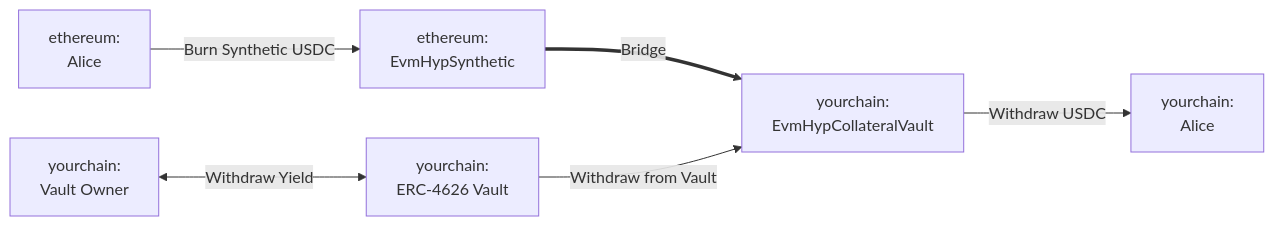
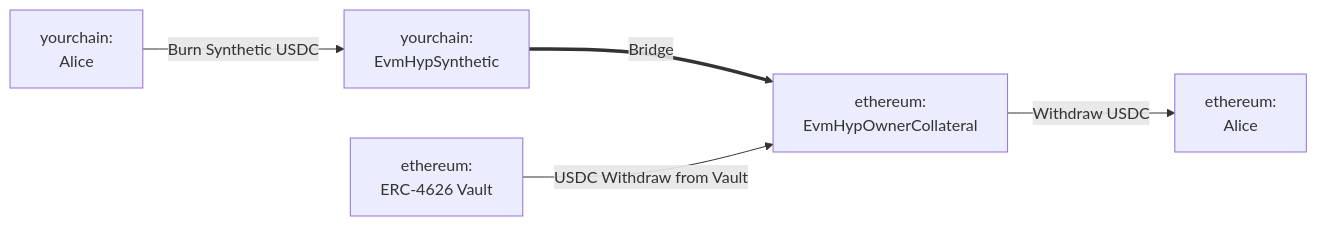
The second of 2 diagrams in docs/protocol/warp-routes/warp-routes-yield-routes.mdx (hyperlane-xyz/v3-docs), drawn with Mermaid before and after one commit. The commit also changed other lines of this file and 2 other files, not shown here.

First line of the commit message:
feat: Add yield routes variants and updates (#206)

````diff
--- a/docs/protocol/warp-routes/warp-routes-yield-routes.mdx
+++ b/docs/protocol/warp-routes/warp-routes-yield-routes.mdx
@@ -51,8 +42,8 @@
-            ```mermaid
-            flowchart LR
-                A[ethereum:<br>Alice] -->|Burn Synthetic USDC| B[ethereum:<br>EvmHypSynthetic]
-                B ==>|Bridge| C[yourchain:<br>EvmHypCollateralVault]
-                D[yourchain:<br>ERC-4626 Vault] -->|Withdraw from Vault| C
-                C -->|Withdraw USDC| F[yourchain:<br>Alice]
-                G[yourchain:<br>Vault Owner] <-->|Withdraw Yield| D
-            ```
+```mermaid
+flowchart LR
+    A[yourchain:<br>Alice] -->|Burn Synthetic USDC| B[yourchain:<br>EvmHypSynthetic]
+    B ==>|Bridge| C[ethereum:<br>EvmHypOwnerCollateral]
+    D[ethereum:<br>ERC-4626 Vault] -->|USDC Withdraw from Vault| C
+    C -->|Withdraw USDC| F[ethereum:<br>Alice]
+    
+```
````
